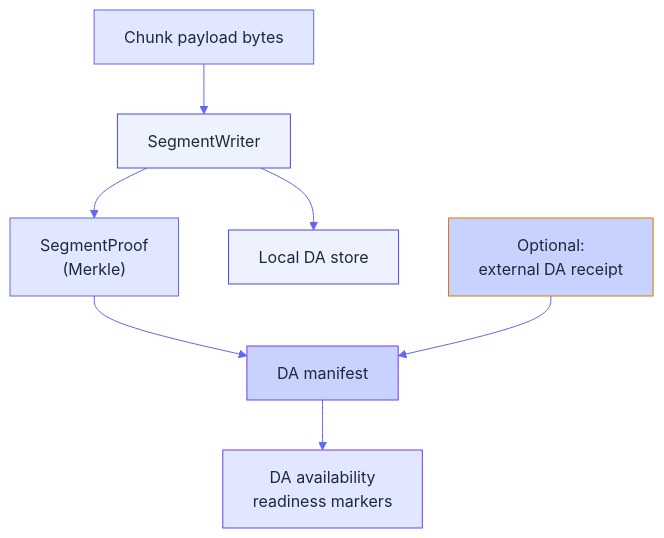
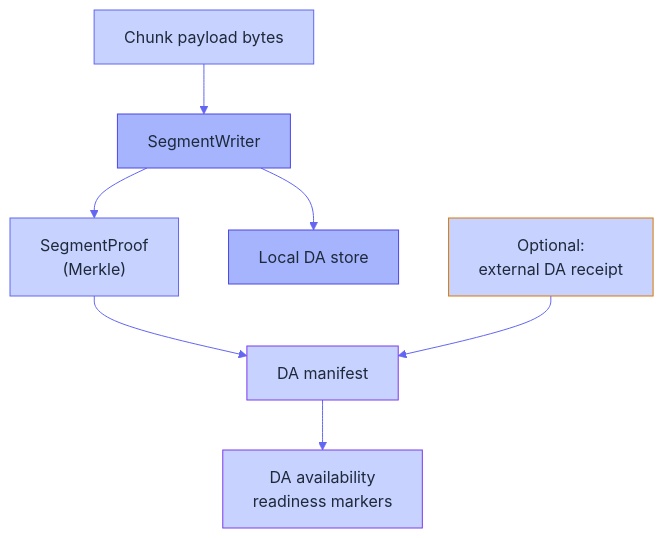
One commit to Myelin-Labs/Myelin changed the second of 2 diagrams in docs/architecture/state.md. Above: the diagram before and after it, drawn with Mermaid. The commit also changed other lines of this file and 31 other files, not shown here.

````diff
--- a/docs/architecture/state.md
+++ b/docs/architecture/state.md
@@ -114,36 +114,36 @@
 ```mermaid
 %%{init: {
   "theme": "base",
   "themeVariables": {
-    "primaryColor": "#EEF2FF",
+    "primaryColor": "#A5B4FC",
     "primaryTextColor": "#1E293B",
     "primaryBorderColor": "#4F46E5",
     "lineColor": "#6366F1",
-    "secondaryColor": "#E0E7FF",
+    "secondaryColor": "#C7D2FE",
     "tertiaryColor": "#C7D2FE"
   }
 }}%%
 flowchart TB
     A["Chunk payload bytes"]:::in
     B["SegmentWriter"]:::stage
     C["SegmentProof<br/>(Merkle)"]:::proof
     D["DA manifest"]:::out
     E["Local DA store"]:::store
     F["Optional:<br/>external DA receipt"]:::ext
     G["DA availability<br/>readiness markers"]:::ready
 
     A --> B
     B --> C
     B --> E
     C --> D
     F --> D
     D --> G
 
-    classDef in    fill:#E0E7FF,stroke:#6366F1,color:#1E293B;
-    classDef stage fill:#EEF2FF,stroke:#4F46E5,color:#1E293B;
-    classDef proof fill:#E0E7FF,stroke:#6366F1,color:#1E293B;
+    classDef in    fill:#C7D2FE,stroke:#6366F1,color:#1E293B;
+    classDef stage fill:#A5B4FC,stroke:#4F46E5,color:#1E293B;
+    classDef proof fill:#C7D2FE,stroke:#6366F1,color:#1E293B;
     classDef out   fill:#C7D2FE,stroke:#7C3AED,color:#1E293B;
-    classDef store fill:#EEF2FF,stroke:#4F46E5,color:#1E293B;
+    classDef store fill:#A5B4FC,stroke:#4F46E5,color:#1E293B;
     classDef ext   fill:#C7D2FE,stroke:#D97706,color:#1E293B;
-    classDef ready fill:#E0E7FF,stroke:#7C3AED,color:#1E293B;
+    classDef ready fill:#C7D2FE,stroke:#7C3AED,color:#1E293B;
 ```
````
